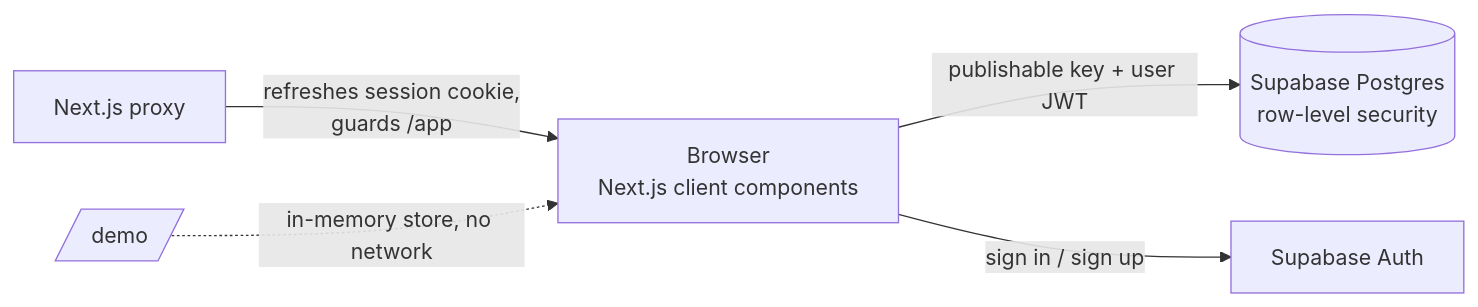
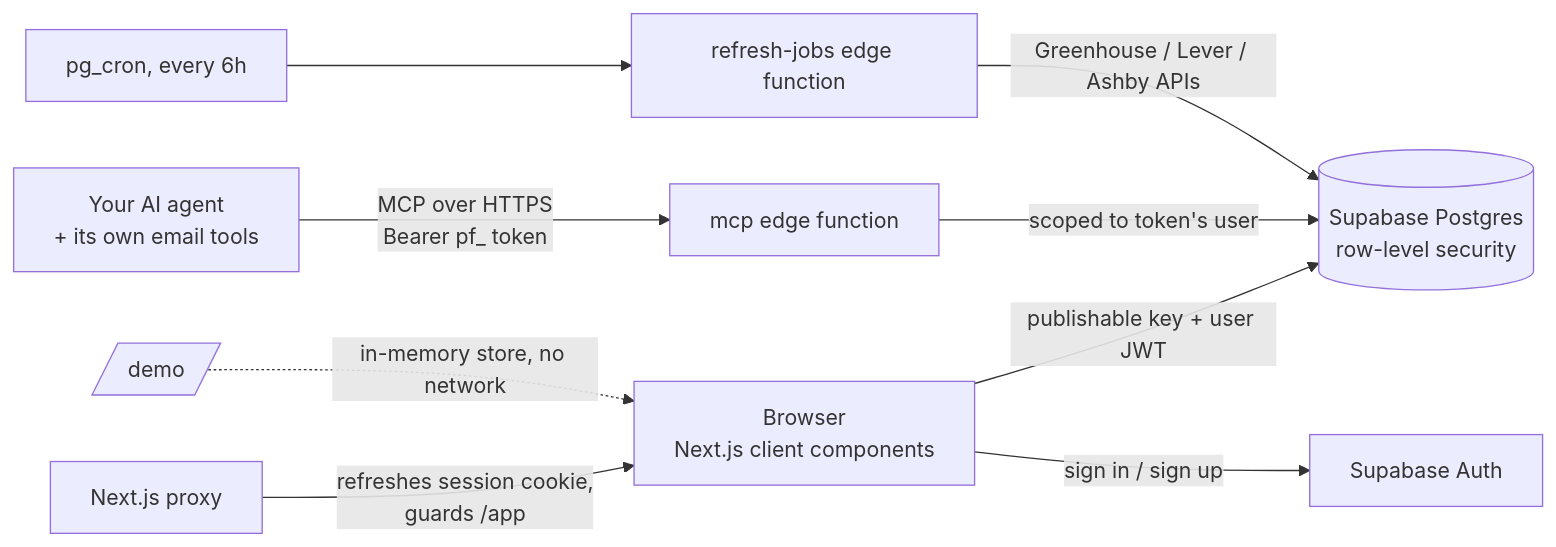
One commit to kumailrizvi890/Pulse-Find changed the diagram in README.md. Above: the diagram before and after it, drawn with Mermaid. The commit also changed other lines of this file and 9 other files, not shown here.

First line of the commit message:
Agent kit: /app/connect tokens page, /api/mcp endpoint, agent skill, self-hosting guide

````diff
--- a/README.md
+++ b/README.md
@@ -40,7 +70,10 @@
 ```mermaid
 flowchart LR
   B[Browser<br/>Next.js client components] -- publishable key + user JWT --> S[(Supabase Postgres<br/>row-level security)]
   B -- sign in / sign up --> A[Supabase Auth]
   P[Next.js proxy] -- refreshes session cookie,<br/>guards /app --> B
   D[/demo/] -. in-memory store, no network .-> B
+  G[Your AI agent<br/>+ its own email tools] -- MCP over HTTPS<br/>Bearer pf_ token --> M[mcp edge function]
+  M -- scoped to token's user --> S
+  C[pg_cron, every 6h] --> R[refresh-jobs edge function] -- Greenhouse / Lever / Ashby APIs --> S
 ```
````
